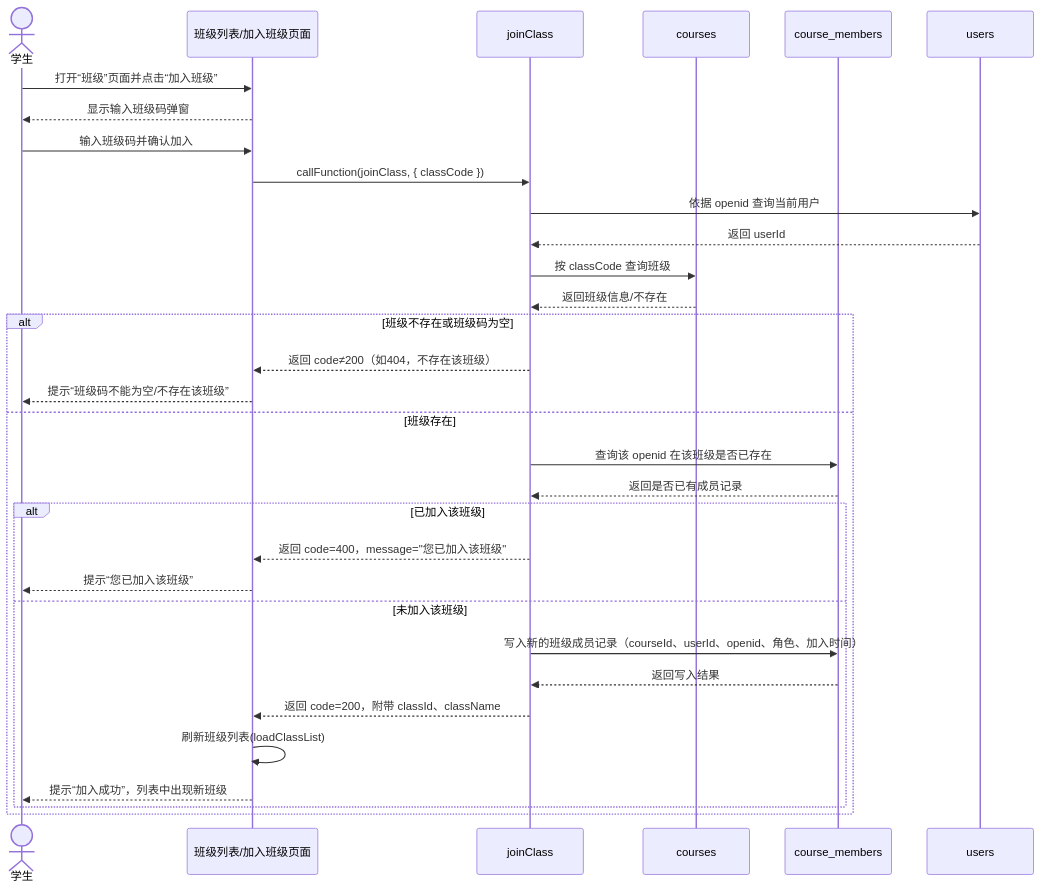
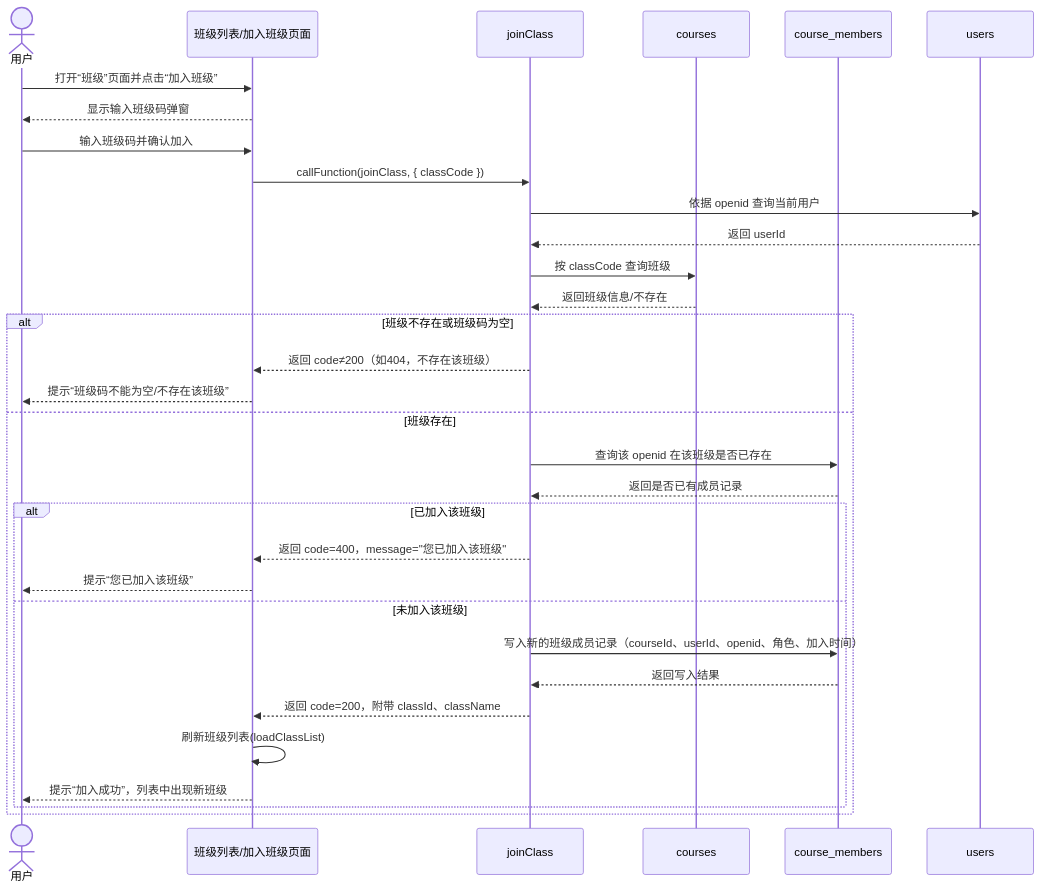
One commit to hanohano111/ClassInformationManagementSystem changed the fourth of 20 diagrams in 第三章 系统需求分析.md. Above: the diagram before and after it, drawn with Mermaid. The commit also changed other lines of this file and 28 other files, not shown here.

````diff
--- a/第三章 系统需求分析.md
+++ b/第三章 系统需求分析.md
@@ -306,39 +159,39 @@
 ```mermaid
 sequenceDiagram
-    actor 学生
+    actor 用户
     participant 页面 as 班级列表/加入班级页面
     participant 云函数 as joinClass
     participant 班级表 as courses
     participant 成员表 as course_members
     participant 用户表 as users
 
-    学生->>页面: 打开“班级”页面并点击“加入班级”
-    页面-->>学生: 显示输入班级码弹窗
-    学生->>页面: 输入班级码并确认加入
+    用户->>页面: 打开“班级”页面并点击“加入班级”
+    页面-->>用户: 显示输入班级码弹窗
+    用户->>页面: 输入班级码并确认加入
 
     页面->>云函数: callFunction(joinClass, { classCode })
     云函数->>用户表: 依据 openid 查询当前用户
     用户表-->>云函数: 返回 userId
 
     云函数->>班级表: 按 classCode 查询班级
     班级表-->>云函数: 返回班级信息/不存在
 
     alt 班级不存在或班级码为空
         云函数-->>页面: 返回 code≠200（如404，不存在该班级）
-        页面-->>学生: 提示“班级码不能为空/不存在该班级”
+        页面-->>用户: 提示“班级码不能为空/不存在该班级”
     else 班级存在
         云函数->>成员表: 查询该 openid 在该班级是否已存在
         成员表-->>云函数: 返回是否已有成员记录
 
         alt 已加入该班级
             云函数-->>页面: 返回 code=400，message="您已加入该班级"
-            页面-->>学生: 提示“您已加入该班级”
+            页面-->>用户: 提示“您已加入该班级”
         else 未加入该班级
             云函数->>成员表: 写入新的班级成员记录（courseId、userId、openid、角色、加入时间）
             成员表-->>云函数: 返回写入结果
             云函数-->>页面: 返回 code=200，附带 classId、className
             页面->>页面: 刷新班级列表(loadClassList)
-            页面-->>学生: 提示“加入成功”，列表中出现新班级
+            页面-->>用户: 提示“加入成功”，列表中出现新班级
         end
     end
 ```
````
